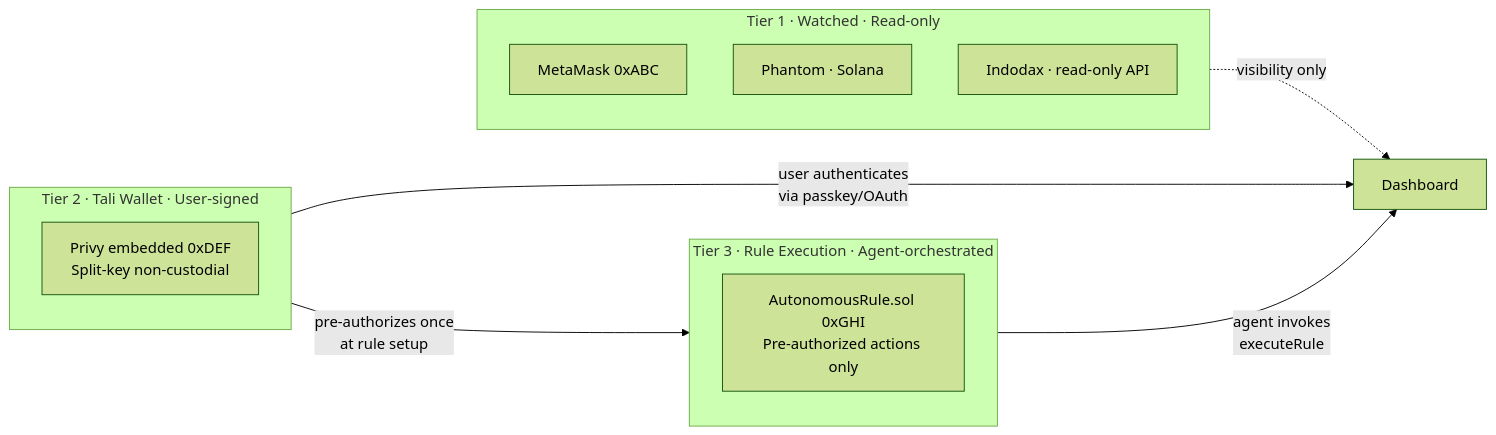
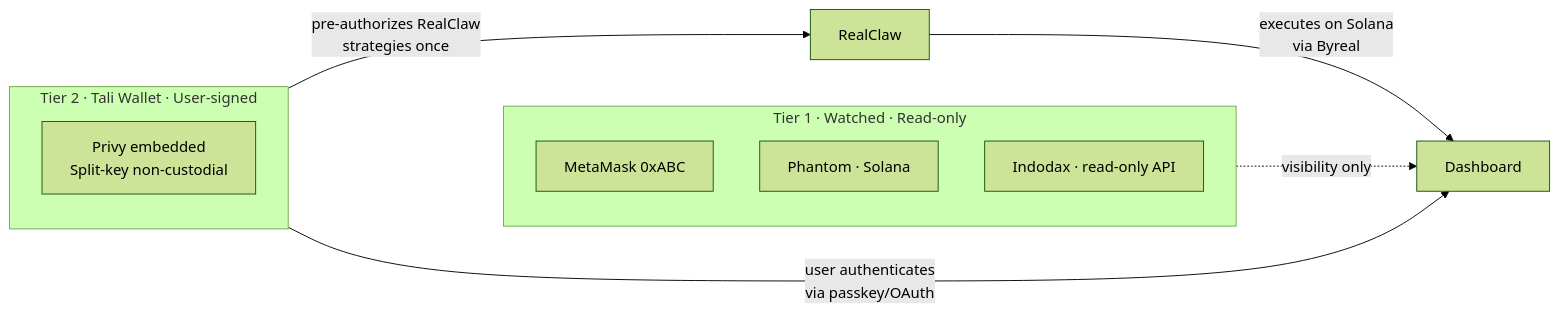
Before and after one commit to aliyanamu/tali: the second of 3 diagrams in docs/architecture.md, drawn with Mermaid (forest theme). The commit also changed other lines of this file and 4 other files, not shown here.

First line of the commit message:
docs: update product narrative and architecture for realclaw-integration

````diff
--- a/docs/architecture.md
+++ b/docs/architecture.md
@@ -54,21 +50,17 @@
 ```mermaid
 graph LR
     subgraph Tier1[Tier 1 · Watched · Read-only]
         MM[MetaMask 0xABC]
         PH[Phantom · Solana]
         IDX[Indodax · read-only API]
     end
 
     subgraph Tier2[Tier 2 · Tali Wallet · User-signed]
-        TALI[Privy embedded 0xDEF<br/>Split-key non-custodial]
-    end
-
-    subgraph Tier3[Tier 3 · Rule Execution · Agent-orchestrated]
-        AR[AutonomousRule.sol 0xGHI<br/>Pre-authorized actions only]
+        TALI[Privy embedded<br/>Split-key non-custodial]
     end
 
     Tier1 -.->|visibility only| DASH[Dashboard]
     Tier2 -->|user authenticates<br/>via passkey/OAuth| DASH
-    Tier2 -->|pre-authorizes once<br/>at rule setup| Tier3
-    Tier3 -->|agent invokes<br/>executeRule| DASH
+    Tier2 -->|pre-authorizes RealClaw<br/>strategies once| RC[RealClaw]
+    RC -->|executes on Solana<br/>via Byreal| DASH
 ```
````
